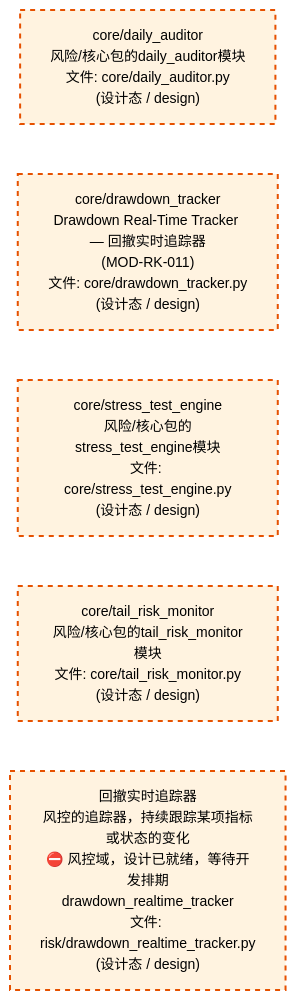
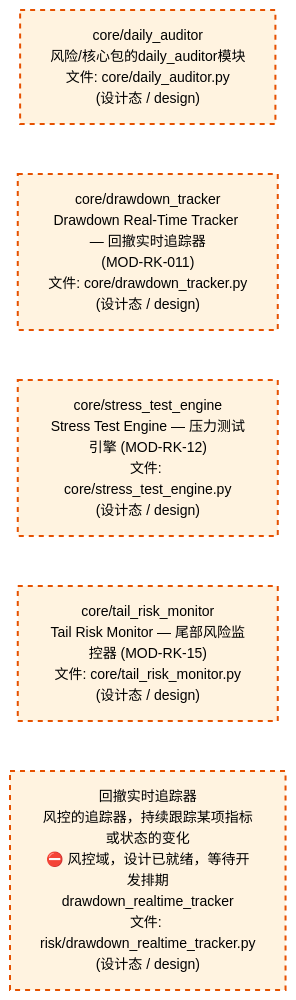
One commit to xuanFelixVan/ZephyrAlpha changed the third of 4 diagrams in docs/02_enterprise_architecture/02_domain_architecture_docs/65_d_risk.md. Above: the diagram before and after it, drawn with Mermaid. The commit also changed other lines of this file and 7 other files, not shown here.

````diff
--- a/docs/02_enterprise_architecture/02_domain_architecture_docs/65_d_risk.md
+++ b/docs/02_enterprise_architecture/02_domain_architecture_docs/65_d_risk.md
@@ -221,18 +221,18 @@
 ```mermaid
 %%{init: {'theme': 'base', 'themeVariables': {'primaryColor': '#eaeaea', 'primaryTextColor': '#333333', 'primaryBorderColor': '#666666', 'lineColor': '#666666', 'secondaryColor': '#eaeaea', 'tertiaryColor': '#eaeaea', 'fontSize': '14px'}}}%%
 flowchart TD
     src_zephyr_risk_core_daily_auditor_py["core/daily_auditor<br/>风险/核心包的daily_auditor模块<br/>文件: core/daily_auditor.py<br/>(设计态 / design)"]
     src_zephyr_risk_core_drawdown_tracker_py["core/drawdown_tracker<br/>Drawdown Real-Time Tracker — 回撤实时追踪器<br/>(MOD-RK-011)<br/>文件: core/drawdown_tracker.py<br/>(设计态 / design)"]
-    src_zephyr_risk_core_stress_test_engine_py["core/stress_test_engine<br/>风险/核心包的stress_test_engine模块<br/>文件: core/stress_test_engine.py<br/>(设计态 / design)"]
-    src_zephyr_risk_core_tail_risk_monitor_py["core/tail_risk_monitor<br/>风险/核心包的tail_risk_monitor模块<br/>文件: core/tail_risk_monitor.py<br/>(设计态 / design)"]
+    src_zephyr_risk_core_stress_test_engine_py["core/stress_test_engine<br/>Stress Test Engine — 压力测试引擎 (MOD-RK-12)<br/>文件: core/stress_test_engine.py<br/>(设计态 / design)"]
+    src_zephyr_risk_core_tail_risk_monitor_py["core/tail_risk_monitor<br/>Tail Risk Monitor — 尾部风险监控器 (MOD-RK-15)<br/>文件: core/tail_risk_monitor.py<br/>(设计态 / design)"]
     src_zephyr_risk_drawdown_realtime_tracker_py["回撤实时追踪器<br/>风控的追踪器，持续跟踪某项指标或状态的变化<br/>⛔ 风控域，设计已就绪，等待开发排期<br/>drawdown_realtime_tracker<br/>文件: risk/drawdown_realtime_tracker.py<br/>(设计态 / design)"]
     src_zephyr_risk_core_daily_auditor_py ~~~ src_zephyr_risk_core_drawdown_tracker_py
     src_zephyr_risk_core_drawdown_tracker_py ~~~ src_zephyr_risk_core_stress_test_engine_py
     src_zephyr_risk_core_stress_test_engine_py ~~~ src_zephyr_risk_core_tail_risk_monitor_py
     src_zephyr_risk_core_tail_risk_monitor_py ~~~ src_zephyr_risk_drawdown_realtime_tracker_py
     classDef production fill:#e1f5fe,stroke:#01579b,stroke-width:2px,color:#000
     classDef design fill:#fff3e0,stroke:#e65100,stroke-width:2px,color:#000,stroke-dasharray: 5 5
     classDef external_prod fill:#e8f4fd,stroke:#0277bd,stroke-width:1px,color:#000
     classDef external_design fill:#fff8e7,stroke:#ef6c00,stroke-width:1px,color:#000,stroke-dasharray: 5 5
     class src_zephyr_risk_core_daily_auditor_py,src_zephyr_risk_core_drawdown_tracker_py,src_zephyr_risk_core_stress_test_engine_py,src_zephyr_risk_core_tail_risk_monitor_py,src_zephyr_risk_drawdown_realtime_tracker_py design
 ```
````
